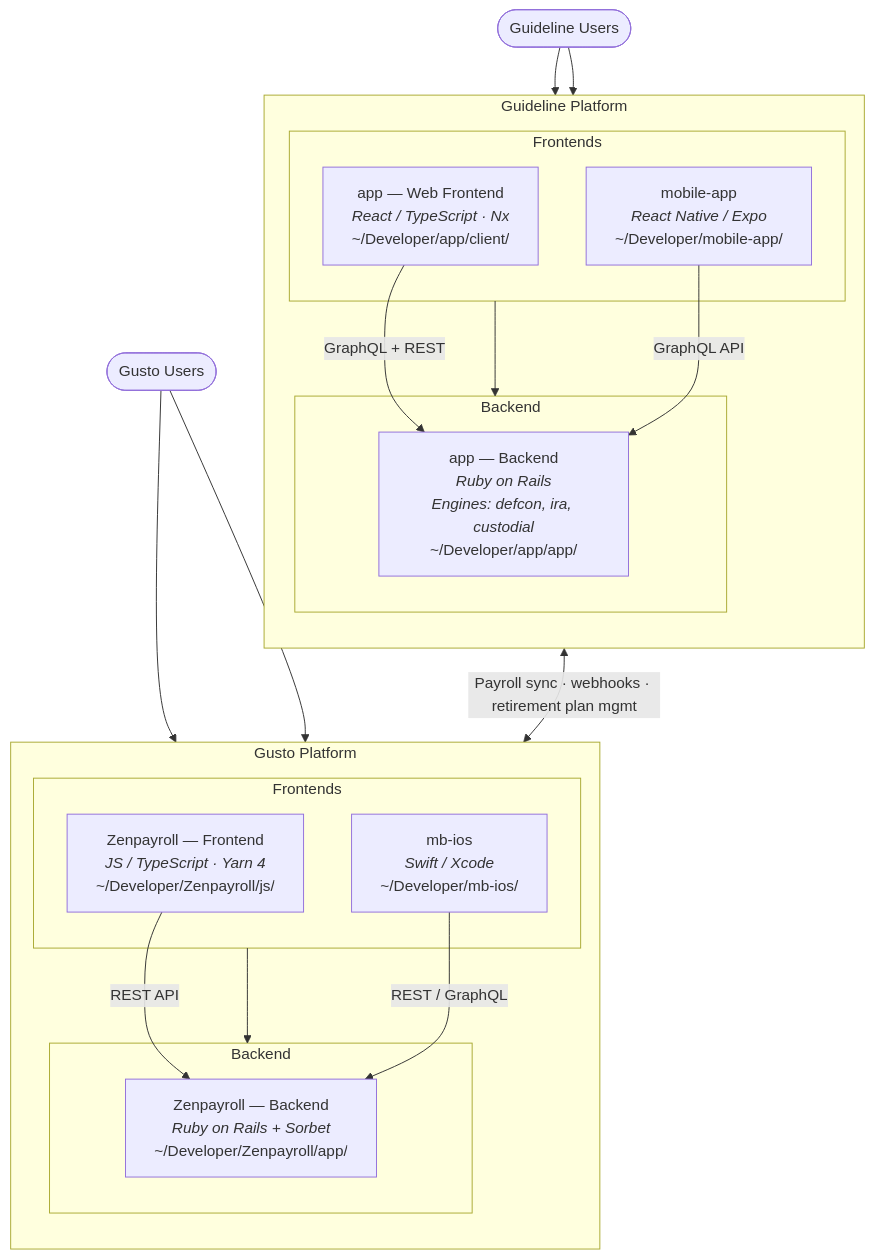
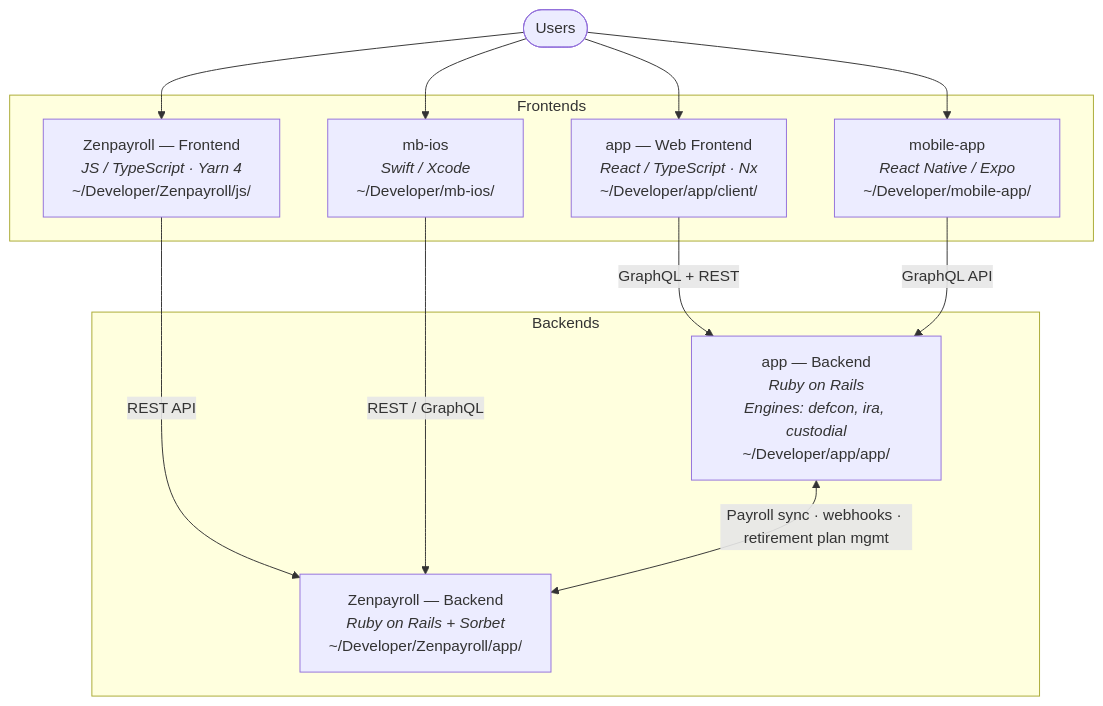
One commit to luigiinred/dotfiles changed the diagram in dot_cursor/skills/project-landscape/SKILL.md. Above: the diagram before and after it, drawn with Mermaid.

Commit message:
chore: unify Guideline/Gusto into single org in C1 diagram

````diff
--- a/dot_cursor/skills/project-landscape/SKILL.md
+++ b/dot_cursor/skills/project-landscape/SKILL.md
@@ -12,39 +12,25 @@
 ```mermaid
 graph TB
-    glUsers([Guideline Users])
-    gustoUsers([Gusto Users])
+    users([Users])
 
-    subgraph gl ["Guideline Platform"]
-        direction TB
-        subgraph glFe ["Frontends"]
-            appFe["app — Web Frontend<br/><i>React / TypeScript · Nx</i><br/>~/Developer/app/client/"]
-            mobileApp["mobile-app<br/><i>React Native / Expo</i><br/>~/Developer/mobile-app/"]
-        end
-        subgraph glBe ["Backend"]
-            appBe["app — Backend<br/><i>Ruby on Rails</i><br/><i>Engines: defcon, ira, custodial</i><br/>~/Developer/app/app/"]
-        end
-        glFe --> glBe
+    subgraph fe ["Frontends"]
+        appFe["app — Web Frontend<br/><i>React / TypeScript · Nx</i><br/>~/Developer/app/client/"]
+        mobileApp["mobile-app<br/><i>React Native / Expo</i><br/>~/Developer/mobile-app/"]
+        zpFe["Zenpayroll — Frontend<br/><i>JS / TypeScript · Yarn 4</i><br/>~/Developer/Zenpayroll/js/"]
+        mbIos["mb-ios<br/><i>Swift / Xcode</i><br/>~/Developer/mb-ios/"]
     end
 
-    subgraph gusto ["Gusto Platform"]
-        direction TB
-        subgraph gustoFe ["Frontends"]
-            zpFe["Zenpayroll — Frontend<br/><i>JS / TypeScript · Yarn 4</i><br/>~/Developer/Zenpayroll/js/"]
-            mbIos["mb-ios<br/><i>Swift / Xcode</i><br/>~/Developer/mb-ios/"]
-        end
-        subgraph gustoBe ["Backend"]
-            zpBe["Zenpayroll — Backend<br/><i>Ruby on Rails + Sorbet</i><br/>~/Developer/Zenpayroll/app/"]
-        end
-        gustoFe --> gustoBe
+    subgraph be ["Backends"]
+        appBe["app — Backend<br/><i>Ruby on Rails</i><br/><i>Engines: defcon, ira, custodial</i><br/>~/Developer/app/app/"]
+        zpBe["Zenpayroll — Backend<br/><i>Ruby on Rails + Sorbet</i><br/>~/Developer/Zenpayroll/app/"]
     end
 
-    glUsers --> appFe & mobileApp
-    gustoUsers --> zpFe & mbIos
+    users --> appFe & mobileApp & zpFe & mbIos
 
     appFe -- "GraphQL + REST" --> appBe
     mobileApp -- "GraphQL API" --> appBe
     zpFe -- "REST API" --> zpBe
     mbIos -- "REST / GraphQL" --> zpBe
 
     appBe <-- "Payroll sync · webhooks · retirement plan mgmt" --> zpBe
 ```
````
